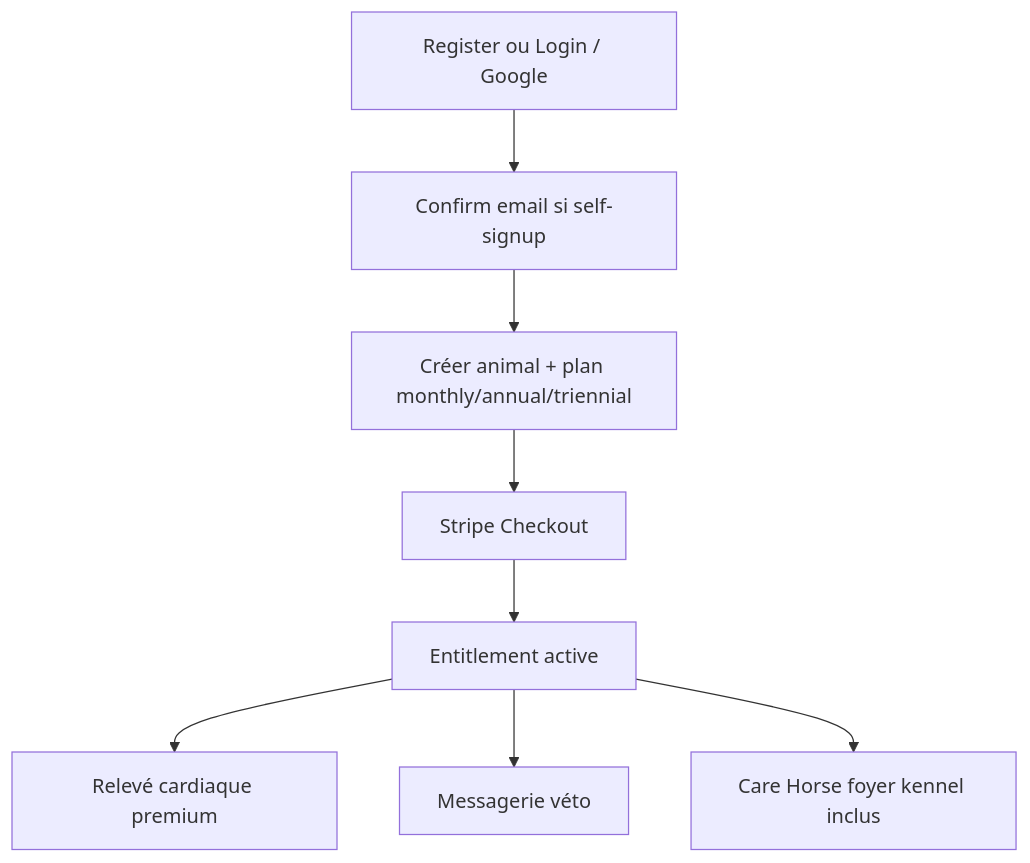
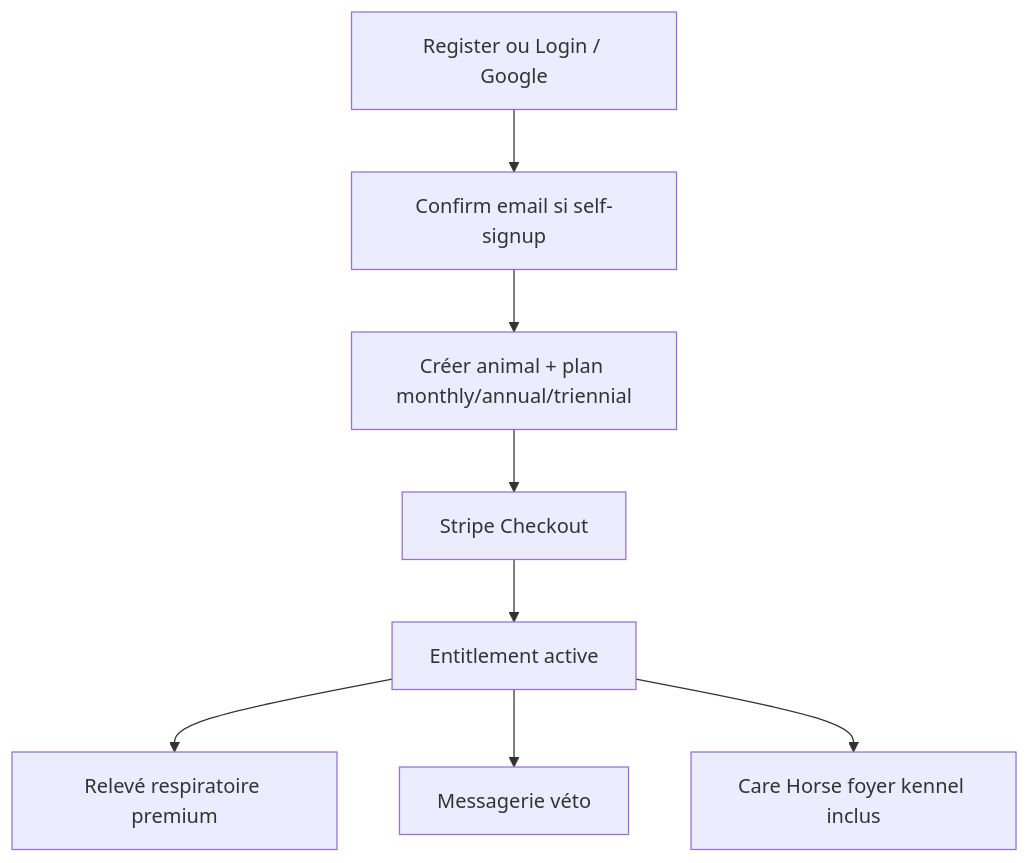
Before and after one commit to olegrand1976/petsFollow: the third of 5 diagrams in documentation/06-FLUX-UTILISATEURS.md, drawn with Mermaid. The commit also changed other lines of this file and 66 other files, not shown here.

First line of the commit message:
fix(i18n): vocabulaire FC → FR (fréquence respiratoire) + tooltip type de relevé

````diff
--- a/documentation/06-FLUX-UTILISATEURS.md
+++ b/documentation/06-FLUX-UTILISATEURS.md
@@ -47,10 +47,10 @@
 ```mermaid
 flowchart TD
   Reg[Register ou Login / Google] --> Confirm[Confirm email si self-signup]
   Confirm --> Pets[Créer animal + plan monthly/annual/triennial]
   Pets --> Pay[Stripe Checkout]
   Pay --> Active[Entitlement active]
-  Active --> HR[Relevé cardiaque premium]
+  Active --> HR[Relevé respiratoire premium]
   Active --> Thread[Messagerie véto]
   Active --> Care[Care Horse foyer kennel inclus]
 ```
````
